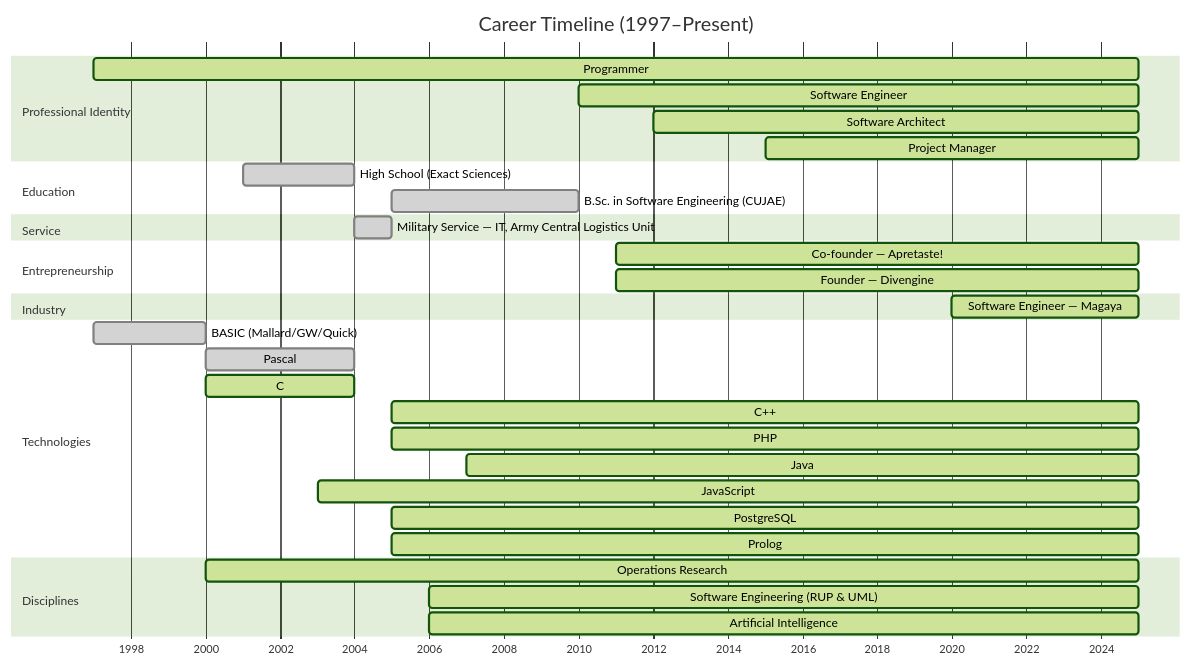
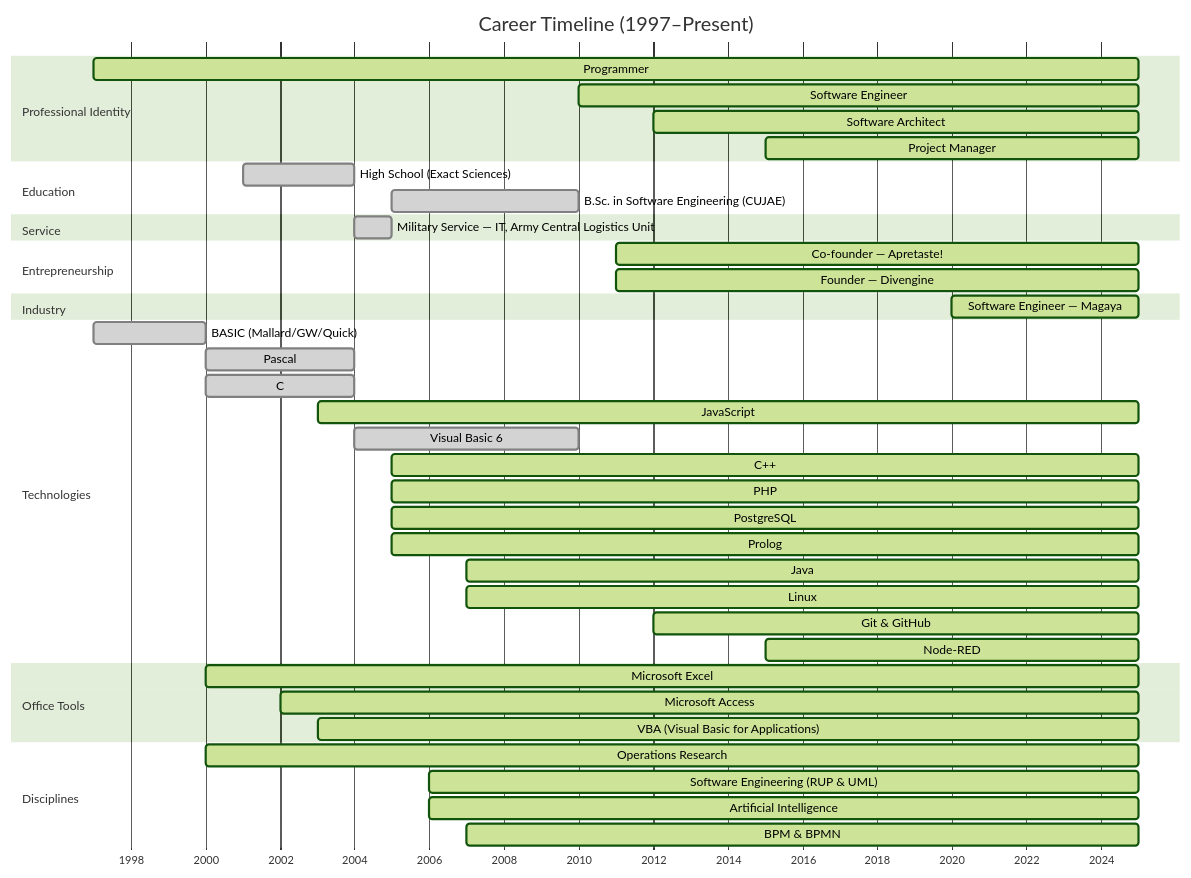
Before and after one commit to rafageist/rafageist: the diagram in README.md, drawn with Mermaid (forest theme).

````diff
--- a/README.md
+++ b/README.md
@@ -25,43 +25,54 @@
 ```mermaid
 gantt
   dateFormat  YYYY
   axisFormat  %Y
   title  Career Timeline (1997–Present)
   todayMarker on
 
   section Professional Identity
   Programmer                                :active, se, 1997, 2025
   Software Engineer                         :active, se, 2010, 2025
   Software Architect                        :active, sa, 2012, 2025
   Project Manager                           :active, pm, 2015, 2025
 
   section Education
   High School (Exact Sciences)              :done,  hs, 2001, 2004
   B.Sc. in Software Engineering (CUJAE)     :done,  bs, 2005, 2010
 
   section Service
   Military Service — IT, Army Central Logistics Unit :done, mil, 2004, 2005
 
   section Entrepreneurship
-  Co‑founder — Apretaste!                   :active, ap, 2011, 2025
+  Co-founder — Apretaste!                   :active, ap, 2011, 2025
   Founder — Divengine                       :active, de, 2011, 2025
 
   section Industry
   Software Engineer — Magaya                :active, mg, 2020, 2025
 
   section Technologies
   BASIC (Mallard/GW/Quick)                  :done,   bas, 1997, 2000
   Pascal                                    :done,   pas, 2000, 2004
-  C                                         :active,   c,   2000, 2004
+  C                                         :done,   c,   2000, 2004
+  JavaScript                                :active, js,  2003, 2025
+  Visual Basic 6                            :done,   vb6, 2004, 2010
   C++                                       :active, cpp, 2005, 2025
   PHP                                       :active, php, 2005, 2025
-  Java                                      :active, jav, 2007, 2025
-  JavaScript                                :active, js,  2003, 2025
   PostgreSQL                                :active, pg,  2005, 2025
   Prolog                                    :active, pl,  2005, 2025
+  Java                                      :active, jav, 2007, 2025
+  Linux                                     :active, lin, 2007, 2025
+  Git & GitHub                              :active, git, 2012, 2025
+  Node-RED                                  :active, nrd, 2015, 2025
+
+  section Office Tools
+  Microsoft Excel                           :active, xls, 2000, 2025
+  Microsoft Access                          :active, acc, 2002, 2025
+  VBA (Visual Basic for Applications)       :active, vba, 2003, 2025
 
   section Disciplines
   Operations Research                       :active, or,  2000, 2025
   Software Engineering (RUP & UML)          :active, rup, 2006, 2025
   Artificial Intelligence                   :active, ai,  2006, 2025
+  BPM & BPMN                                :active, bpm, 2007, 2025
+
 ```
````
